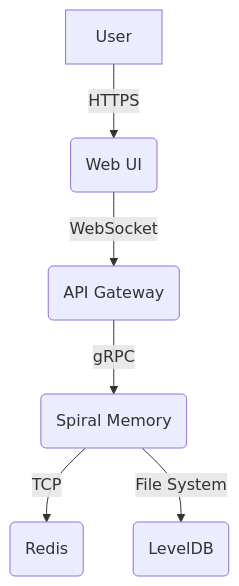
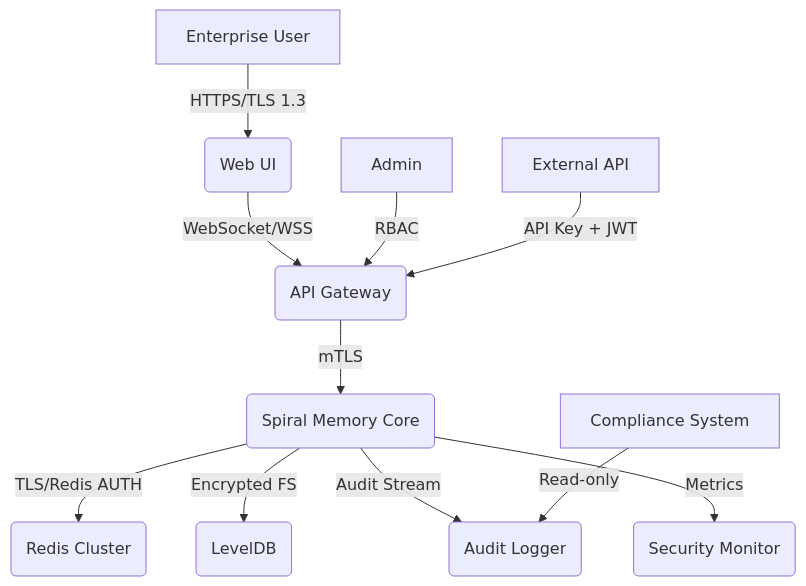
One commit to kunleulysses/August9teen changed the diagram in FlappyJournal/docs/security/threat-model.md. Above: the diagram before and after it, drawn with Mermaid. The commit also changed other lines of this file and 6 other files, not shown here.

First line of the commit message:
feat: Implement Phase 1 Enterprise Security & Compliance

````diff
--- a/FlappyJournal/docs/security/threat-model.md
+++ b/FlappyJournal/docs/security/threat-model.md
@@ -7,8 +7,13 @@
 ```mermaid
 graph TD
-    A[User] -->|HTTPS| B(Web UI)
-    B -->|WebSocket| C(API Gateway)
-    C -->|gRPC| D(Spiral Memory)
-    D -->|TCP| E(Redis)
-    D -->|File System| F(LevelDB)
+    A[Enterprise User] -->|HTTPS/TLS 1.3| B(Web UI)
+    B -->|WebSocket/WSS| C(API Gateway)
+    C -->|mTLS| D(Spiral Memory Core)
+    D -->|TLS/Redis AUTH| E(Redis Cluster)
+    D -->|Encrypted FS| F(LevelDB)
+    D -->|Audit Stream| G(Audit Logger)
+    D -->|Metrics| H(Security Monitor)
+    I[Admin] -->|RBAC| C
+    J[External API] -->|API Key + JWT| C
+    K[Compliance System] -->|Read-only| G
 ```
````
